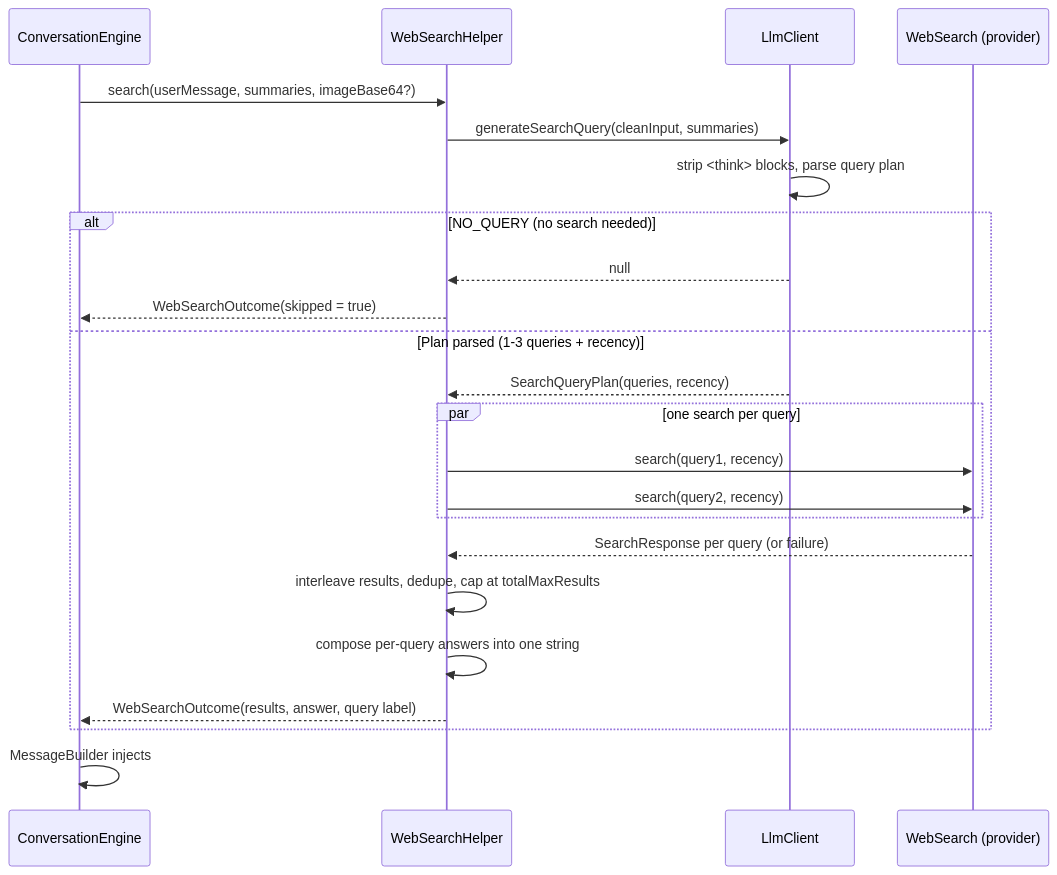
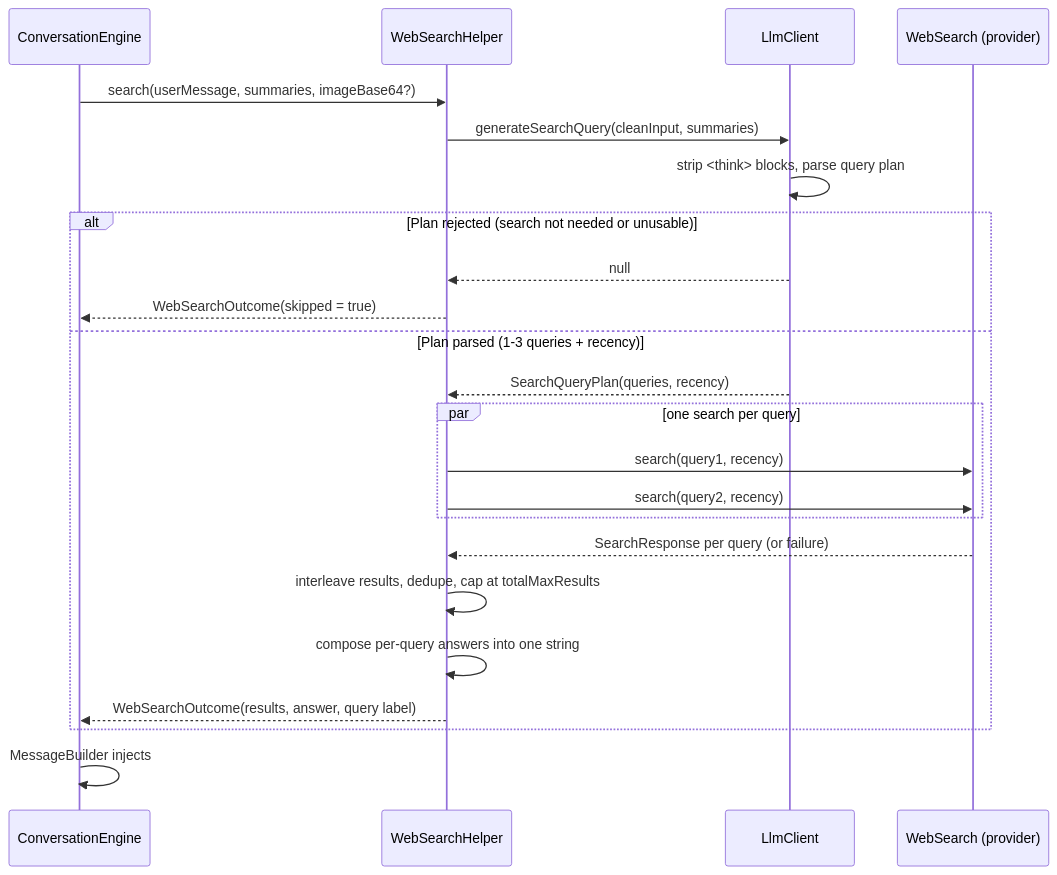
The diagram in docs/web-search.md (lehoang318/buddy), drawn with Mermaid before and after one commit. The commit also changed other lines of this file and 16 other files, not shown here.

````diff
--- a/docs/web-search.md
+++ b/docs/web-search.md
@@ -7,26 +7,26 @@
 ```mermaid
 sequenceDiagram
     participant Engine as ConversationEngine
     participant Helper as WebSearchHelper
     participant LLM as LlmClient
     participant Search as WebSearch (provider)
 
     Engine->>Helper: search(userMessage, summaries, imageBase64?)
     Helper->>LLM: generateSearchQuery(cleanInput, summaries)
     LLM->>LLM: strip <think> blocks, parse query plan
-    alt NO_QUERY (no search needed)
+    alt Plan rejected (search not needed or unusable)
         LLM-->>Helper: null
         Helper-->>Engine: WebSearchOutcome(skipped = true)
     else Plan parsed (1-3 queries + recency)
         LLM-->>Helper: SearchQueryPlan(queries, recency)
         par one search per query
             Helper->>Search: search(query1, recency)
             Helper->>Search: search(query2, recency)
         end
         Search-->>Helper: SearchResponse per query (or failure)
         Helper->>Helper: interleave results, dedupe, cap at totalMaxResults
         Helper->>Helper: compose per-query answers into one string
         Helper-->>Engine: WebSearchOutcome(results, answer, query label)
     end
     Engine->>Engine: MessageBuilder injects ## Web Data
 ```
````
